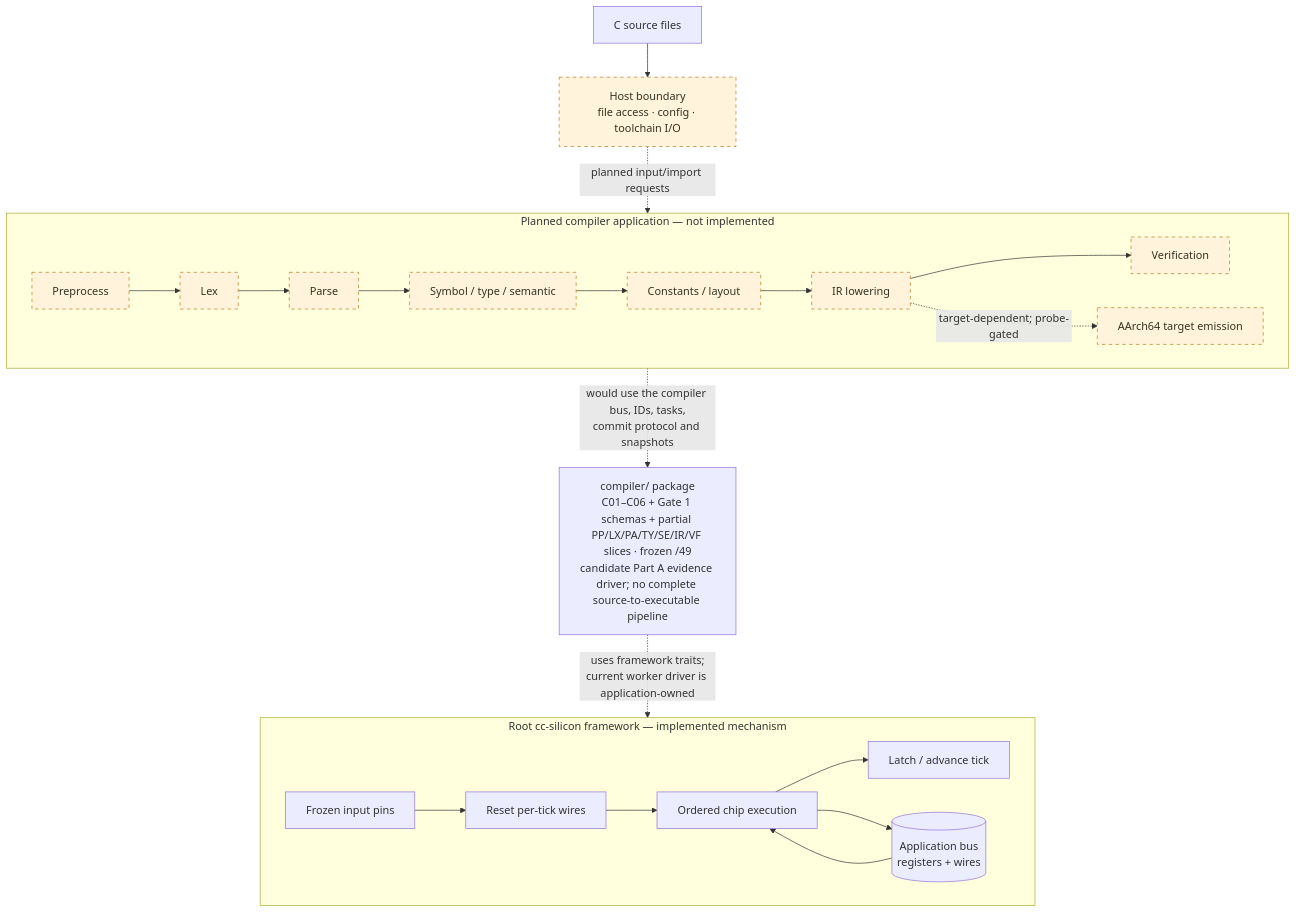
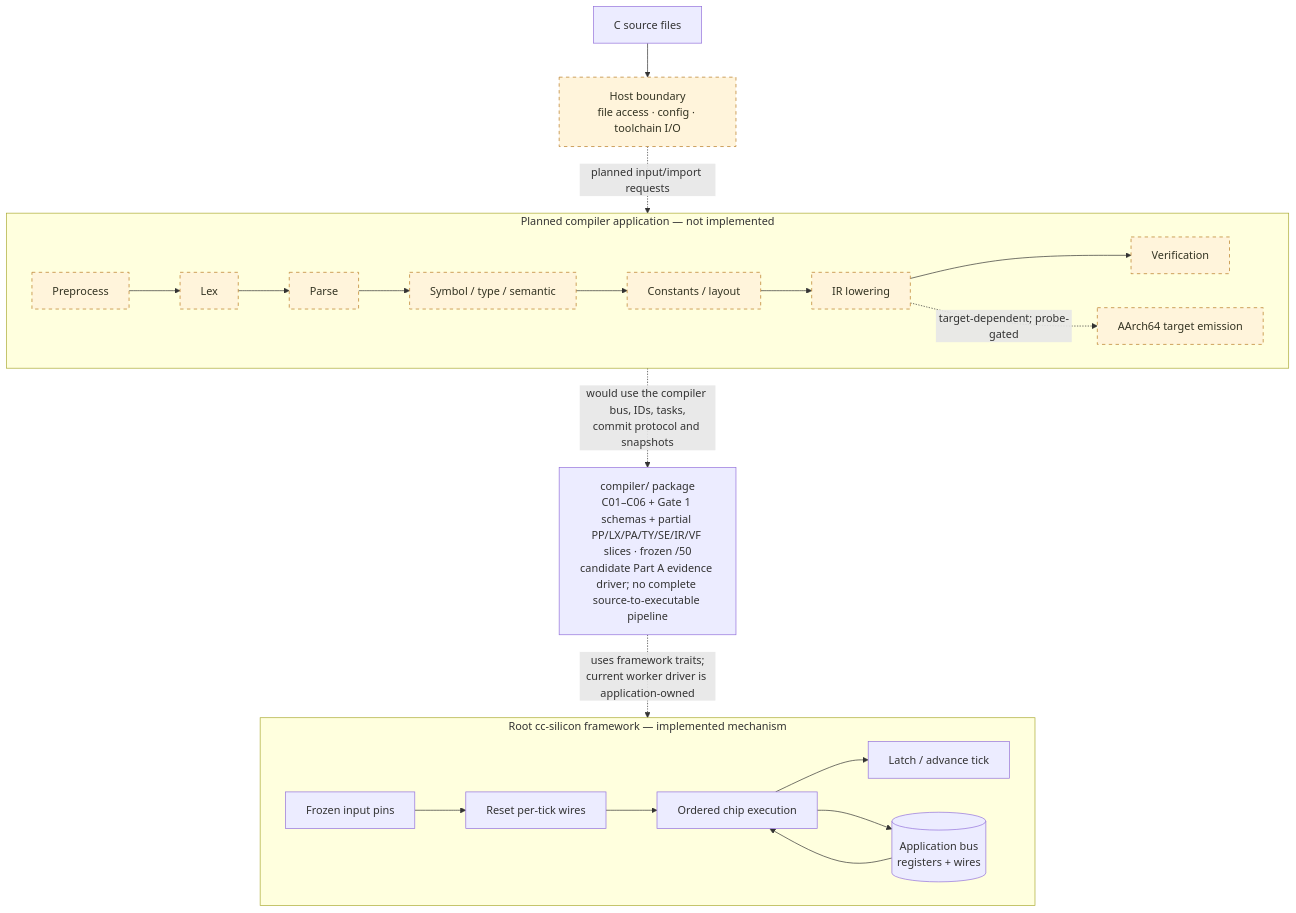
Before and after one commit to immane/cc-silicon: the first of 2 diagrams in README.md, drawn with Mermaid. The commit also changed other lines of this file and 16 other files, not shown here.

````diff
--- a/README.md
+++ b/README.md
@@ -132,28 +132,28 @@
 ```mermaid
 flowchart TB
     SRC["C source files"] --> HOST["Host boundary<br/>file access · config · toolchain I/O"]
     HOST -. "planned input/import requests" .-> PIPE
 
     subgraph PIPE["Planned compiler application — not implemented"]
         direction LR
         PP["Preprocess"] --> LEX["Lex"] --> PARSE["Parse"] --> SEM["Symbol / type / semantic"]
         SEM --> CONST["Constants / layout"] --> IR["IR lowering"] --> VERIFY["Verification"]
         IR -. "target-dependent; probe-gated" .-> TARGET["AArch64 target emission"]
     end
 
-    FOUNDATION["compiler/ package<br/>C01–C06 + Gate 1 schemas + partial PP/LX/PA/TY/SE/IR/VF slices · frozen /49<br/>candidate Part A evidence driver; no complete source-to-executable pipeline"]
+    FOUNDATION["compiler/ package<br/>C01–C06 + Gate 1 schemas + partial PP/LX/PA/TY/SE/IR/VF slices · frozen /50<br/>candidate Part A evidence driver; no complete source-to-executable pipeline"]
     PIPE -. "would use the compiler bus, IDs, tasks,<br/>commit protocol and snapshots" .-> FOUNDATION
 
     subgraph RUNTIME["Root cc-silicon framework — implemented mechanism"]
         direction LR
         PINS["Frozen input pins"] --> RESET["Reset per-tick wires"] --> CHIPS["Ordered chip execution"]
         CHIPS --> LATCH["Latch / advance tick"]
         BUS[("Application bus<br/>registers + wires")]
         BUS --> CHIPS
         CHIPS --> BUS
     end
     FOUNDATION -. "uses framework traits;<br/>current worker driver is application-owned" .-> RUNTIME
 
     classDef planned fill:#fff4db,stroke:#b7791f,stroke-dasharray:5 5,color:#332;
     class PP,LEX,PARSE,SEM,CONST,IR,VERIFY,TARGET,HOST planned;
 ```
````
